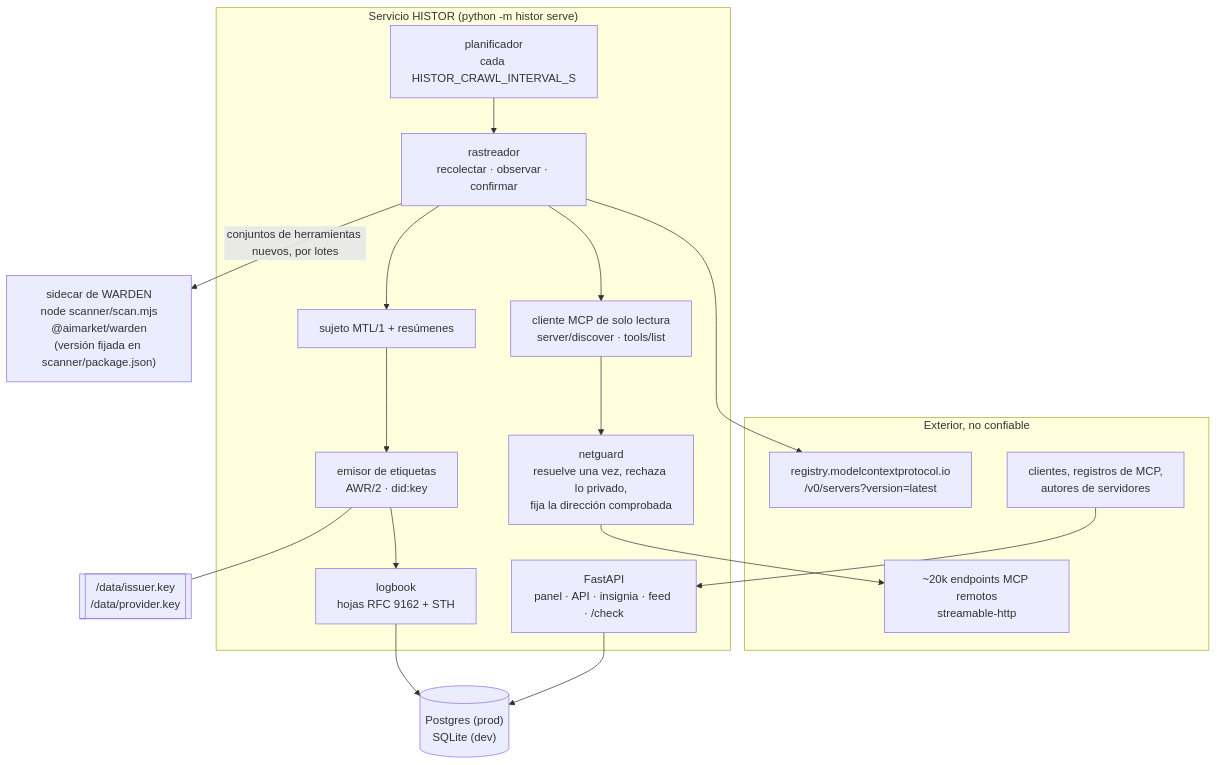
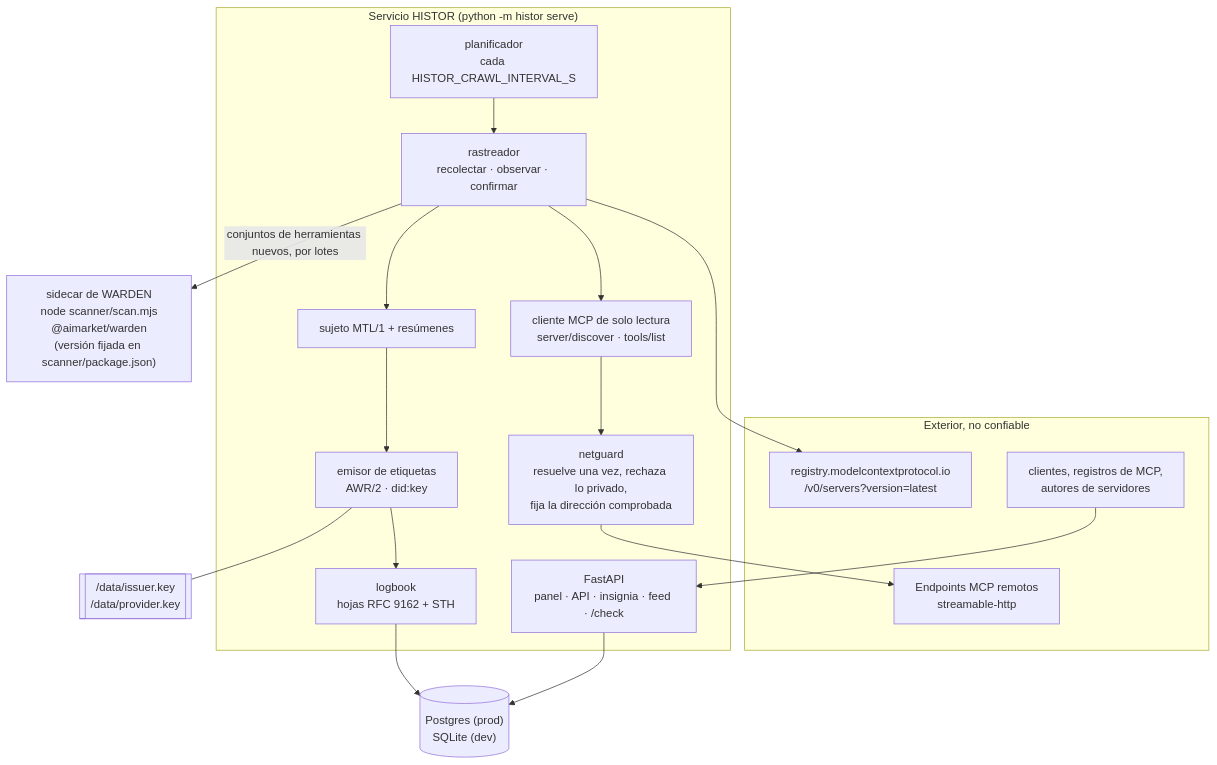
Before and after one commit to alexar76/histor: the first of 4 diagrams in docs/architecture.es.md, drawn with Mermaid. The commit also changed other lines of this file and 42 other files, not shown here.

````diff
--- a/docs/architecture.es.md
+++ b/docs/architecture.es.md
@@ -9,30 +9,30 @@
 ```mermaid
 flowchart TB
     subgraph Outside["Exterior, no confiable"]
         REG["registry.modelcontextprotocol.io<br/>/v0/servers?version=latest"]
-        MCP["~20k endpoints MCP remotos<br/>streamable-http"]
+        MCP["Endpoints MCP remotos<br/>streamable-http"]
         CLIENT["clientes, registros de MCP,<br/>autores de servidores"]
     end
     subgraph Service["Servicio HISTOR (python -m histor serve)"]
         SCHED["planificador<br/>cada HISTOR_CRAWL_INTERVAL_S"]
         CRAWL["rastreador<br/>recolectar · observar · confirmar"]
         GUARD["netguard<br/>resuelve una vez, rechaza lo privado,<br/>fija la dirección comprobada"]
         READER["cliente MCP de solo lectura<br/>server/discover · tools/list"]
         SUBJ["sujeto MTL/1 + resúmenes"]
         LABELS["emisor de etiquetas<br/>AWR/2 · did:key"]
         LOG["logbook<br/>hojas RFC 9162 + STH"]
         API["FastAPI<br/>panel · API · insignia · feed · /check"]
     end
     SIDE["sidecar de WARDEN<br/>node scanner/scan.mjs<br/>@aimarket/warden<br/>(versión fijada en scanner/package.json)"]
     DB[("Postgres (prod)<br/>SQLite (dev)")]
     KEY[["/data/issuer.key<br/>/data/provider.key"]]
 
     SCHED --> CRAWL
     CRAWL --> REG
     CRAWL --> READER --> GUARD --> MCP
     CRAWL --> SUBJ --> LABELS --> LOG --> DB
     CRAWL -- "conjuntos de herramientas nuevos, por lotes" --> SIDE
     LABELS --- KEY
     API --> DB
     CLIENT --> API
 ```
````
